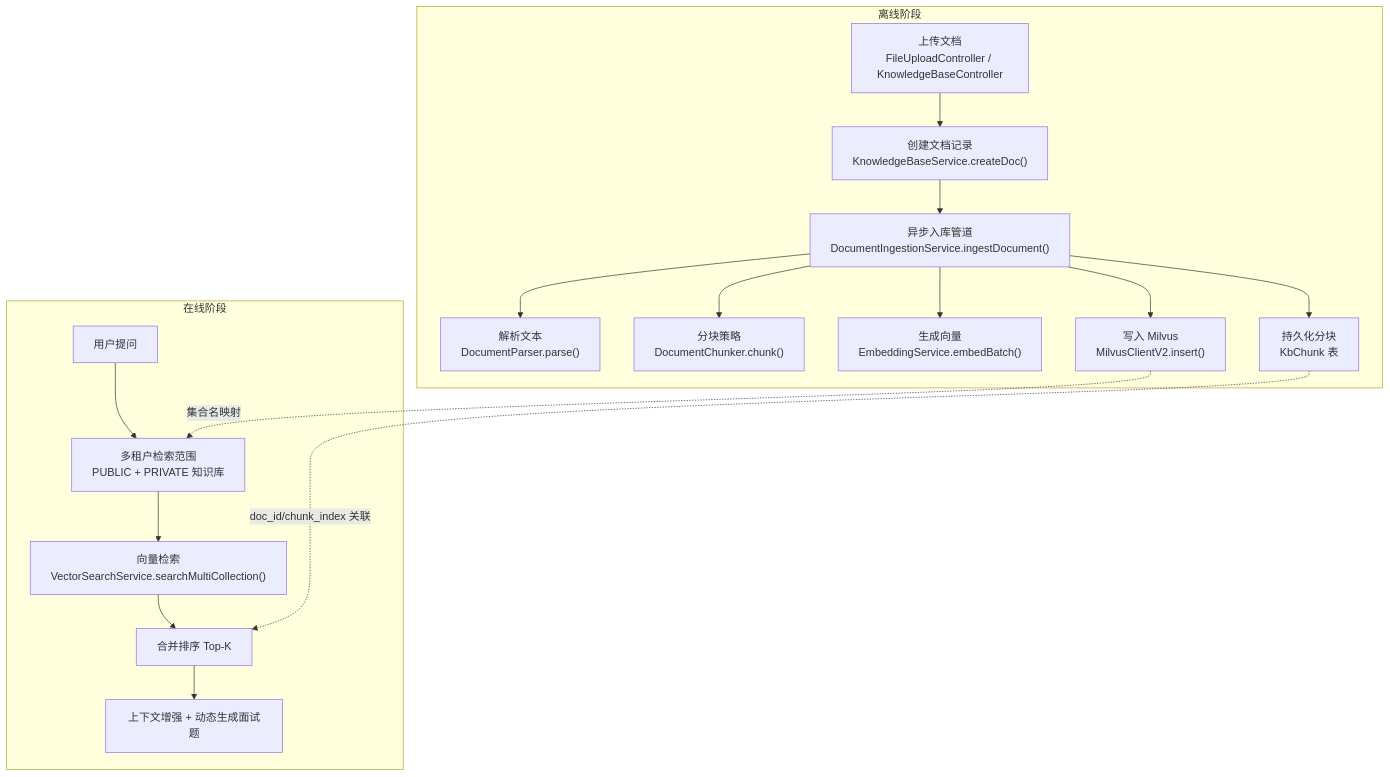
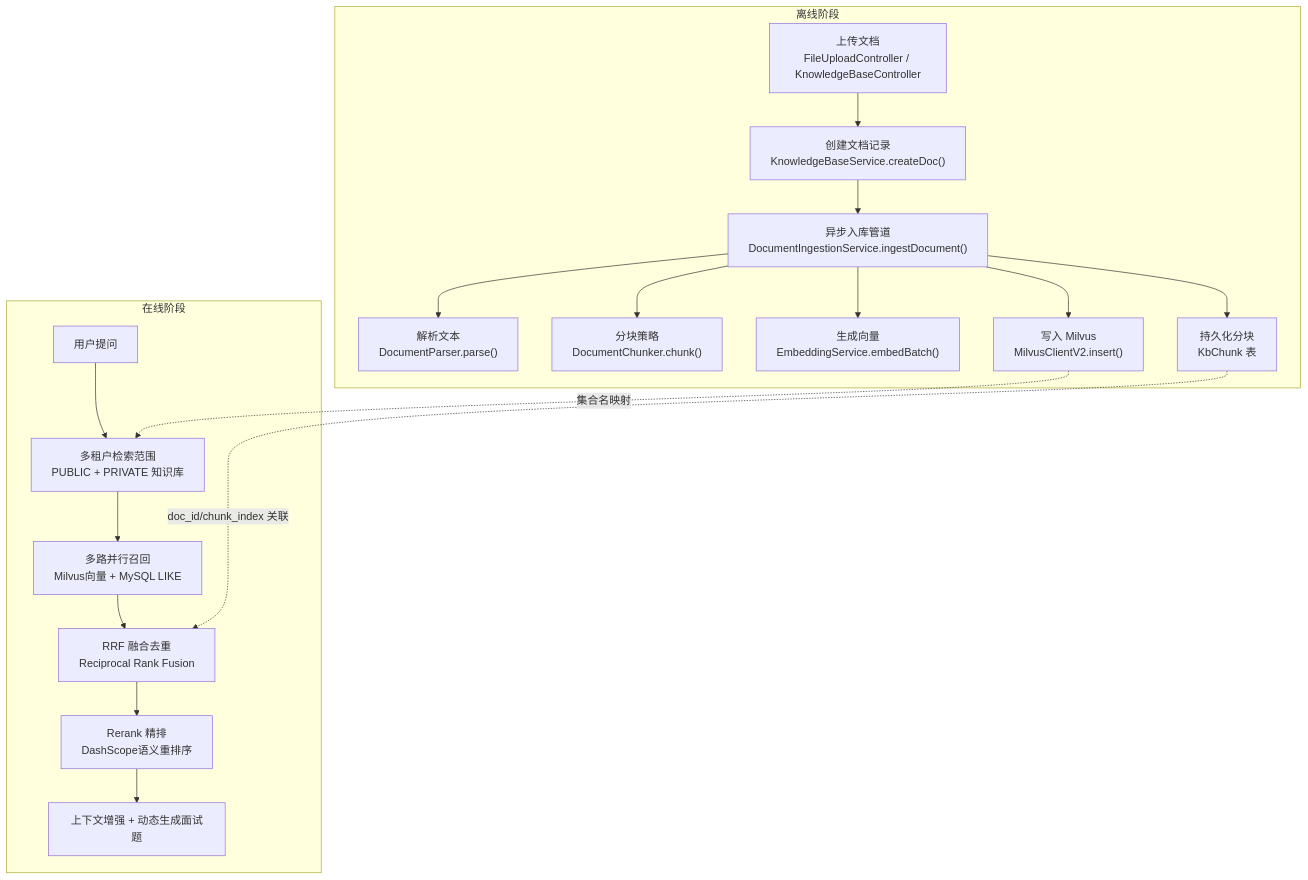
Before and after one commit to Miss-zhi/OfferPilot: the first of 8 diagrams in .qoder/repowiki/zh/content/RAG 面试题处理全链路.md, drawn with Mermaid. The commit also changed other lines of this file and 25 other files, not shown here.

````diff
--- a/.qoder/repowiki/zh/content/RAG 面试题处理全链路.md
+++ b/.qoder/repowiki/zh/content/RAG 面试题处理全链路.md
@@ -51,20 +52,21 @@
 ```mermaid
 graph TB
 subgraph "离线阶段"
 A["上传文档<br/>FileUploadController / KnowledgeBaseController"] --> B["创建文档记录<br/>KnowledgeBaseService.createDoc()"]
 B --> C["异步入库管道<br/>DocumentIngestionService.ingestDocument()"]
 C --> D["解析文本<br/>DocumentParser.parse()"]
 C --> E["分块策略<br/>DocumentChunker.chunk()"]
 C --> F["生成向量<br/>EmbeddingService.embedBatch()"]
 C --> G["写入 Milvus<br/>MilvusClientV2.insert()"]
 C --> H["持久化分块<br/>KbChunk 表"]
 end
 subgraph "在线阶段"
 Q["用户提问"] --> I["多租户检索范围<br/>PUBLIC + PRIVATE 知识库"]
-I --> J["向量检索<br/>VectorSearchService.searchMultiCollection()"]
-J --> K["合并排序 Top-K"]
-K --> L["上下文增强 + 动态生成面试题"]
+I --> J["多路并行召回<br/>Milvus向量 + MySQL LIKE"]
+J --> K["RRF 融合去重<br/>Reciprocal Rank Fusion"]
+K --> L["Rerank 精排<br/>DashScope语义重排序"]
+L --> M["上下文增强 + 动态生成面试题"]
 end
 G -.->|集合名映射| I
 H -.->|doc_id/chunk_index 关联| K
 ```
````
